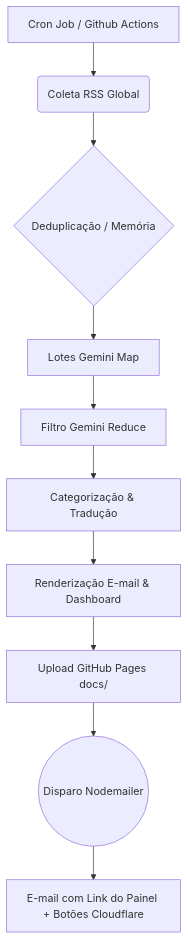
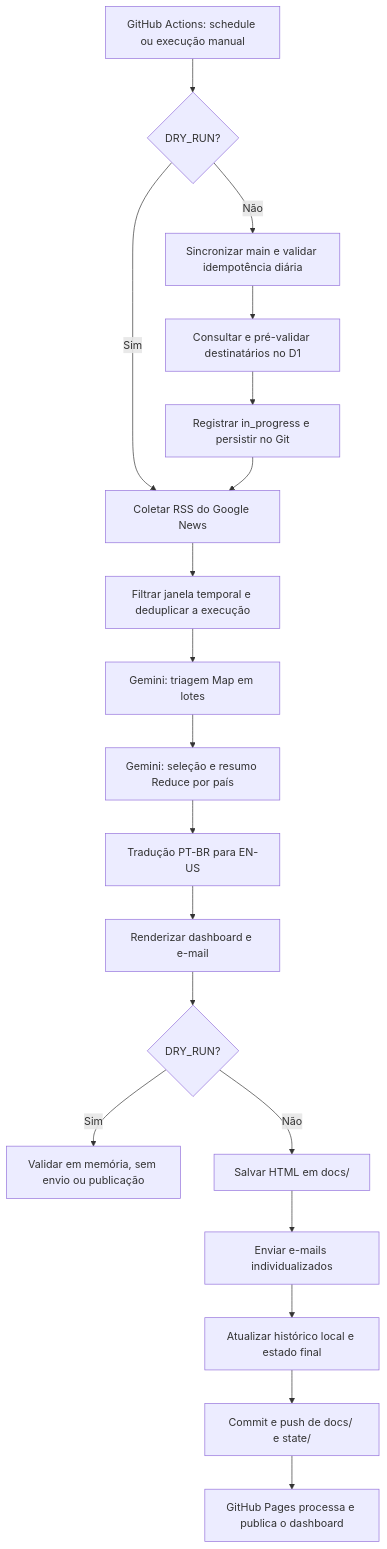
Before and after one commit to thalesandradepereira/monitoramento-internacional: the diagram in README.md, drawn with Mermaid. The commit also changed other lines of this file, not shown here.

Commit message:
docs: atualizar README com arquitetura e operação atuais

````diff
--- a/README.md
+++ b/README.md
@@ -33,12 +31,21 @@
 ```mermaid
-graph TD
-    A[Cron Job / Github Actions] --> B(Coleta RSS Global)
-    B --> C{Deduplicação / Memória}
-    C --> D[Lotes Gemini Map]
-    D --> E[Filtro Gemini Reduce]
-    E --> F[Categorização & Tradução]
-    F --> G[Renderização E-mail & Dashboard]
-    G --> H[Upload GitHub Pages docs/]
-    H --> I((Disparo Nodemailer))
-    I --> J[E-mail com Link do Painel + Botões Cloudflare]
+flowchart TD
+    A[GitHub Actions: schedule ou execução manual] --> B{DRY_RUN?}
+    B -- Não --> C[Sincronizar main e validar idempotência diária]
+    C --> D[Consultar e pré-validar destinatários no D1]
+    D --> E[Registrar in_progress e persistir no Git]
+    B -- Sim --> F[Coletar RSS do Google News]
+    E --> F
+    F --> G[Filtrar janela temporal e deduplicar a execução]
+    G --> H[Gemini: triagem Map em lotes]
+    H --> I[Gemini: seleção e resumo Reduce por país]
+    I --> J[Tradução PT-BR para EN-US]
+    J --> K[Renderizar dashboard e e-mail]
+    K --> L{DRY_RUN?}
+    L -- Sim --> M[Validar em memória, sem envio ou publicação]
+    L -- Não --> N[Salvar HTML em docs/]
+    N --> O[Enviar e-mails individualizados]
+    O --> P[Atualizar histórico local e estado final]
+    P --> Q[Commit e push de docs/ e state/]
+    Q --> R[GitHub Pages processa e publica o dashboard]
 ```
````
